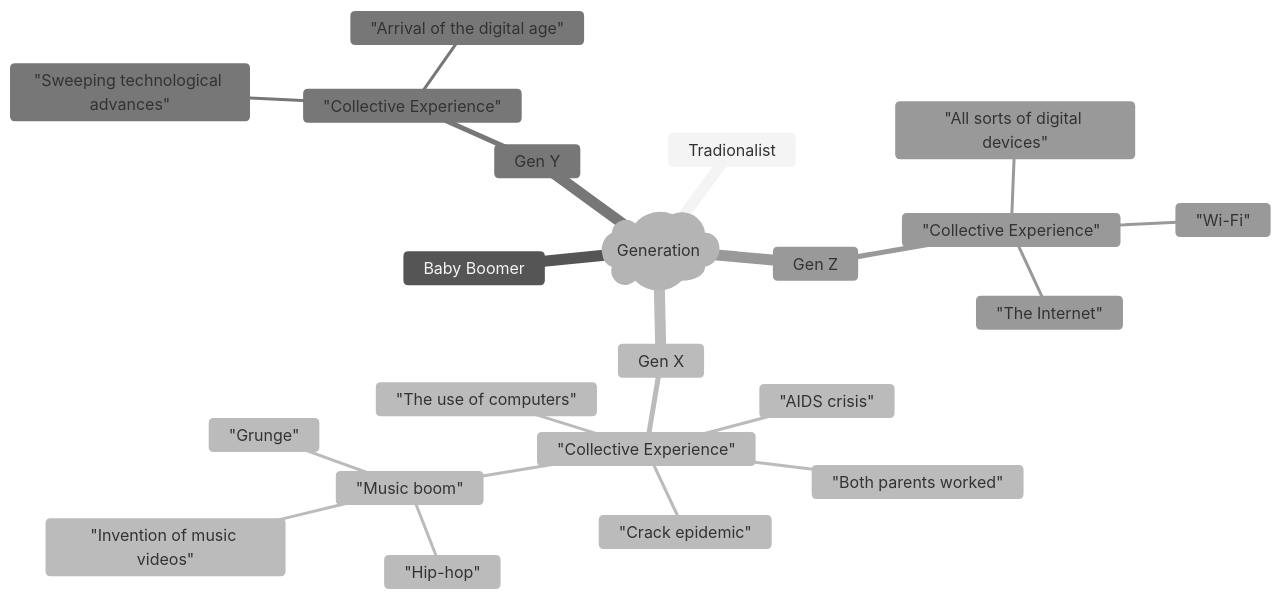
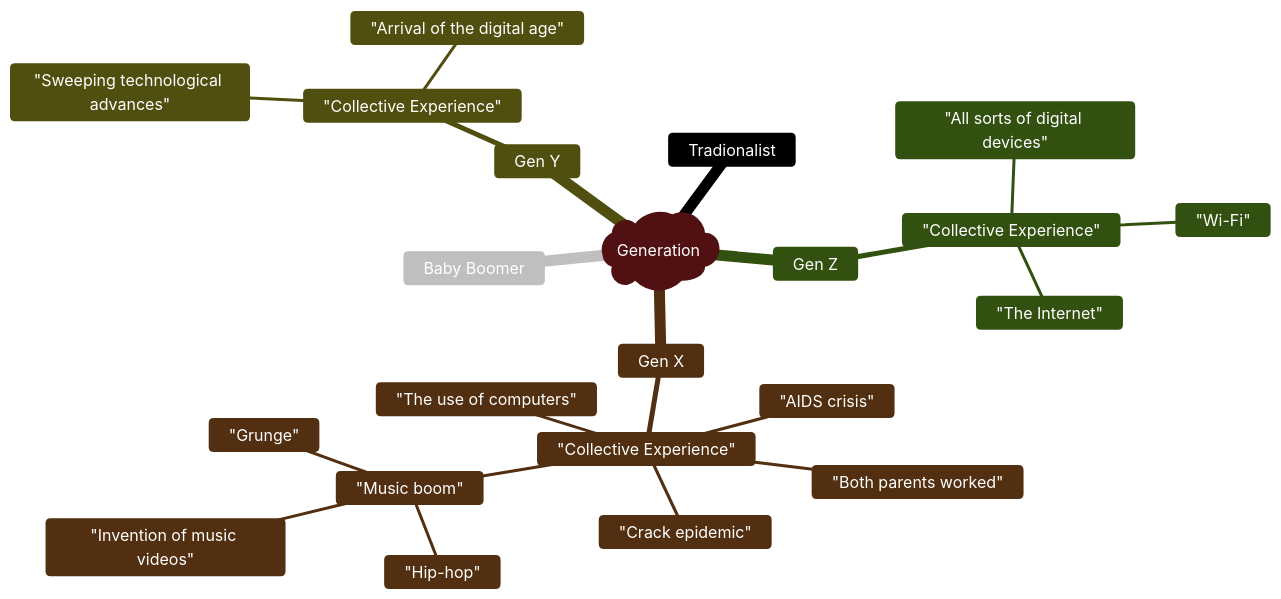
Before and after one commit to Charlie929-dot/charlie_vault: the diagram in 英语第一次作业.md, drawn with Mermaid.

Commit message:
vault backup: 2026-03-03 10:53:28

````diff
--- a/英语第一次作业.md
+++ b/英语第一次作业.md
@@ -3,26 +3,36 @@
 ```mermaid
-%%{init: {'theme': 'neutral'}}%%
-	mindmap
-	  root)Generation(
-	    Tradionalist
-	    Baby Boomer
-	    Gen X
-	      "Collective Experience"
-	        "The use of computers"
-	        "Both parents worked"
-	        "Crack epidemic"
-	        "AIDS crisis"
-	        "Music boom"
-	          "Invention of music videos"
-	          "Hip-hop"
-	          "Grunge"
-	    Gen Y
-	      "Collective Experience"
-	        "Sweeping technological advances"
-	        "Arrival of the digital age"
-	    Gen Z
-	      "Collective Experience"
-	        "All sorts of digital devices"
-	        "The Internet"
-	        "Wi-Fi"
+---
+config:
+  theme: 'base'
+  themeVariables:
+    primaryColor: '#BB2528'
+    primaryTextColor: '#fff'
+    primaryBorderColor: '#7C0000'
+    lineColor: '#F8B229'
+    secondaryColor: '#006100'
+    tertiaryColor: '#fff'
+---
+			mindmap
+				  root)Generation(
+				    Tradionalist
+				    Baby Boomer
+				    Gen X
+				      "Collective Experience"
+				        "The use of computers"
+				        "Both parents worked"
+				        "Crack epidemic"
+				        "AIDS crisis"
+				        "Music boom"
+				          "Invention of music videos"
+				          "Hip-hop"
+				          "Grunge"
+				    Gen Y
+				      "Collective Experience"
+				        "Sweeping technological advances"
+				        "Arrival of the digital age"
+				    Gen Z
+				      "Collective Experience"
+				        "All sorts of digital devices"
+				        "The Internet"
+				        "Wi-Fi"
 ```
````
